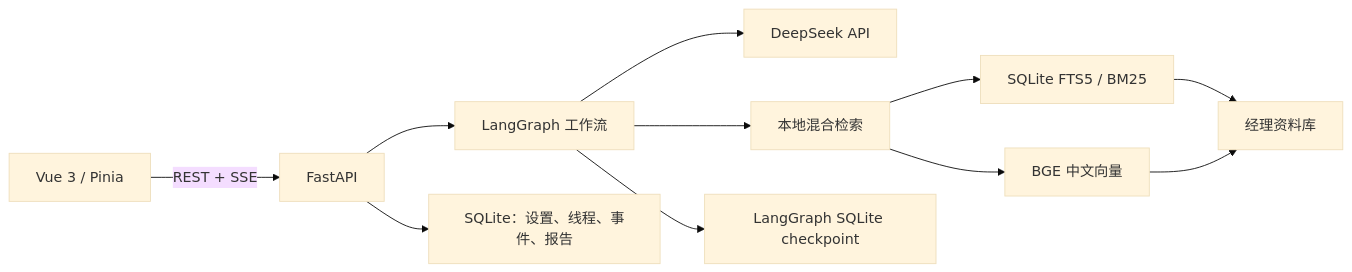
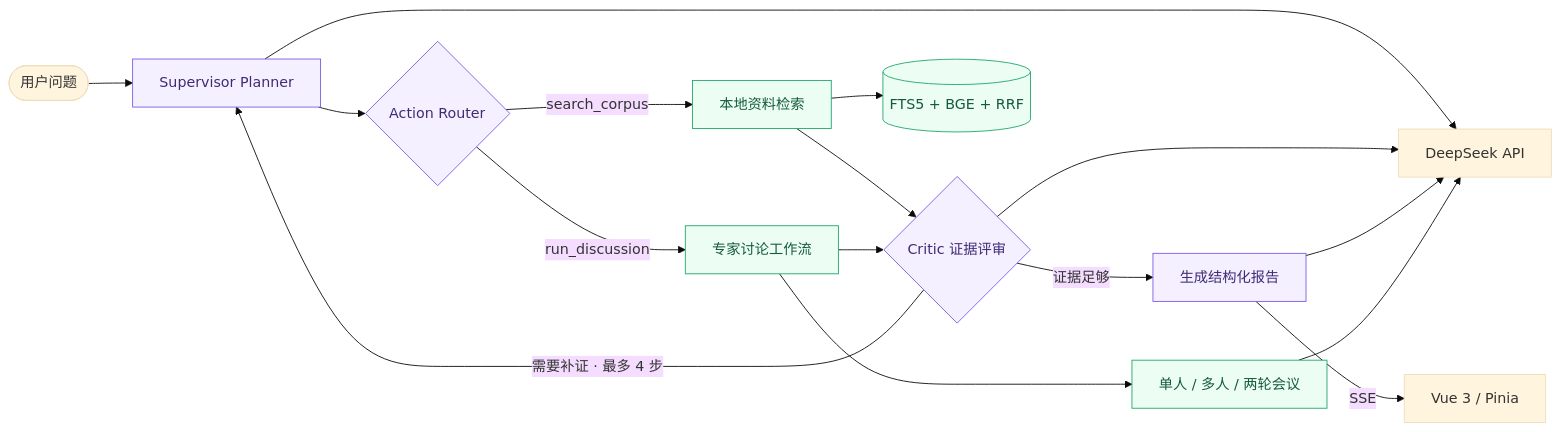
The diagram in README.md (loveormath/top-fund-managers-views), drawn with Mermaid (base theme) before and after one commit. The commit also changed other lines of this file and 15 other files, not shown here.

Commit message:
feat: add supervisor research agent

````diff
--- a/README.md
+++ b/README.md
@@ -639,13 +640,20 @@
 ```mermaid
 flowchart LR
-    UI["Vue 3 / Pinia"] -->|REST + SSE| API["FastAPI"]
-    API --> Graph["LangGraph 工作流"]
-    Graph --> DS["DeepSeek API"]
-    Graph --> Retriever["本地混合检索"]
-    Retriever --> FTS["SQLite FTS5 / BM25"]
-    Retriever --> Vector["BGE 中文向量"]
-    FTS --> Corpus["经理资料库"]
-    Vector --> Corpus
-    API --> DB["SQLite：设置、线程、事件、报告"]
-    Graph --> Checkpoint["LangGraph SQLite checkpoint"]
+    U(["用户问题"]) --> P["Supervisor Planner"]
+    P --> R{"Action Router"}
+    R -->|search_corpus| S["本地资料检索"]
+    R -->|run_discussion| D["专家讨论工作流"]
+    S --> C{"Critic 证据评审"}
+    D --> C
+    C -->|需要补证 · 最多 4 步| P
+    C -->|证据足够| F["生成结构化报告"]
+    S --> K[("FTS5 + BGE + RRF")]
+    D --> M["单人 / 多人 / 两轮会议"]
+    P & C & F & M --> L["DeepSeek API"]
+    F -->|SSE| UI["Vue 3 / Pinia"]
+
+    classDef agent fill:#F5F0FF,stroke:#7C5CE3,color:#3F2B75;
+    classDef tool fill:#ECFDF3,stroke:#20A66A,color:#155B3B;
+    class P,R,C,F agent;
+    class S,D,M,K tool;
 ```
````
